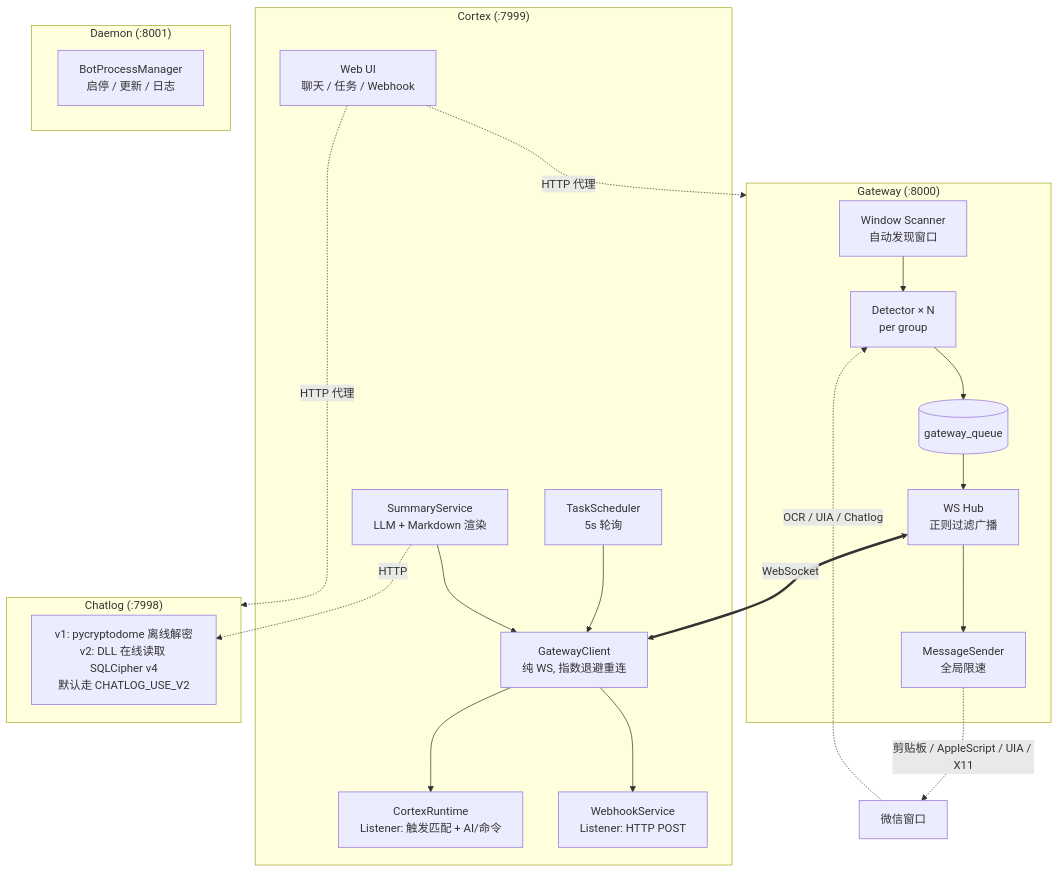
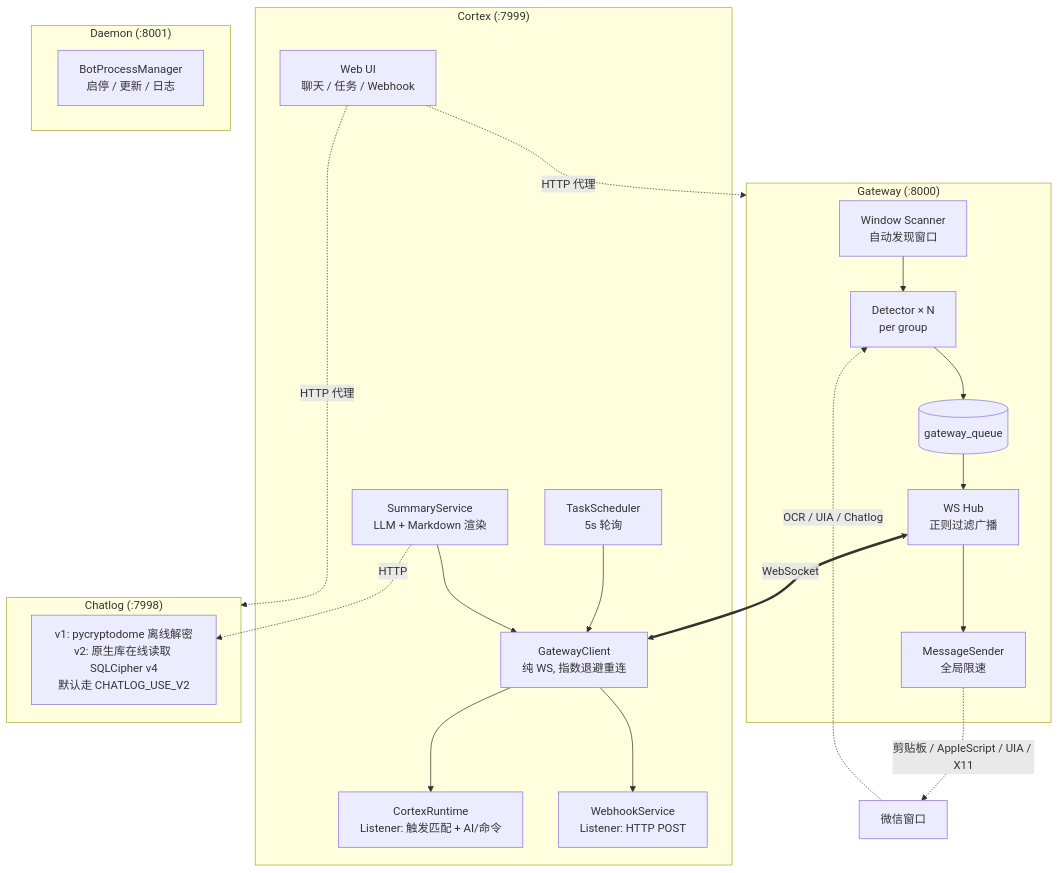
One commit to bhwa233/awsl-wechat-bot changed the diagram in README.md. Above: the diagram before and after it, drawn with Mermaid. The commit also changed other lines of this file, not shown here.

Commit message:
docs: update linux architecture notes

````diff
--- a/README.md
+++ b/README.md
@@ -20,42 +20,42 @@
 ```mermaid
 flowchart TB
     subgraph Gateway["Gateway (:8000)"]
         Scanner[Window Scanner<br/>自动发现窗口]
         Detectors[Detector × N<br/>per group]
         Queue[(gateway_queue)]
         WSHub[WS Hub<br/>正则过滤广播]
         Sender[MessageSender<br/>全局限速]
         Scanner --> Detectors
         Detectors --> Queue --> WSHub
         WSHub --> Sender
     end
 
     subgraph Cortex["Cortex (:7999)"]
         WebUI[Web UI<br/>聊天 / 任务 / Webhook]
         GWClient[GatewayClient<br/>纯 WS, 指数退避重连]
         Runtime[CortexRuntime<br/>Listener: 触发匹配 + AI/命令]
         Webhook[WebhookService<br/>Listener: HTTP POST]
         Scheduler[TaskScheduler<br/>5s 轮询]
         Summary[SummaryService<br/>LLM + Markdown 渲染]
         GWClient --> Runtime
         GWClient --> Webhook
         Scheduler --> GWClient
         Summary --> GWClient
     end
 
     subgraph Chatlog["Chatlog (:7998)"]
-        ChatlogAPI[v1: pycryptodome 离线解密<br/>v2: DLL 在线读取 SQLCipher v4<br/>默认走 CHATLOG_USE_V2]
+        ChatlogAPI[v1: pycryptodome 离线解密<br/>v2: 原生库在线读取 SQLCipher v4<br/>默认走 CHATLOG_USE_V2]
     end
 
     subgraph Daemon["Daemon (:8001)"]
         Manager[BotProcessManager<br/>启停 / 更新 / 日志]
     end
 
     WeChat[微信窗口] -.OCR / UIA / Chatlog.-> Detectors
     Sender -.剪贴板 / AppleScript / UIA / X11.-> WeChat
 
     WSHub <==WebSocket==> GWClient
     Summary -.HTTP.-> ChatlogAPI
     WebUI -.HTTP 代理.-> Gateway
     WebUI -.HTTP 代理.-> Chatlog
 ```
````
